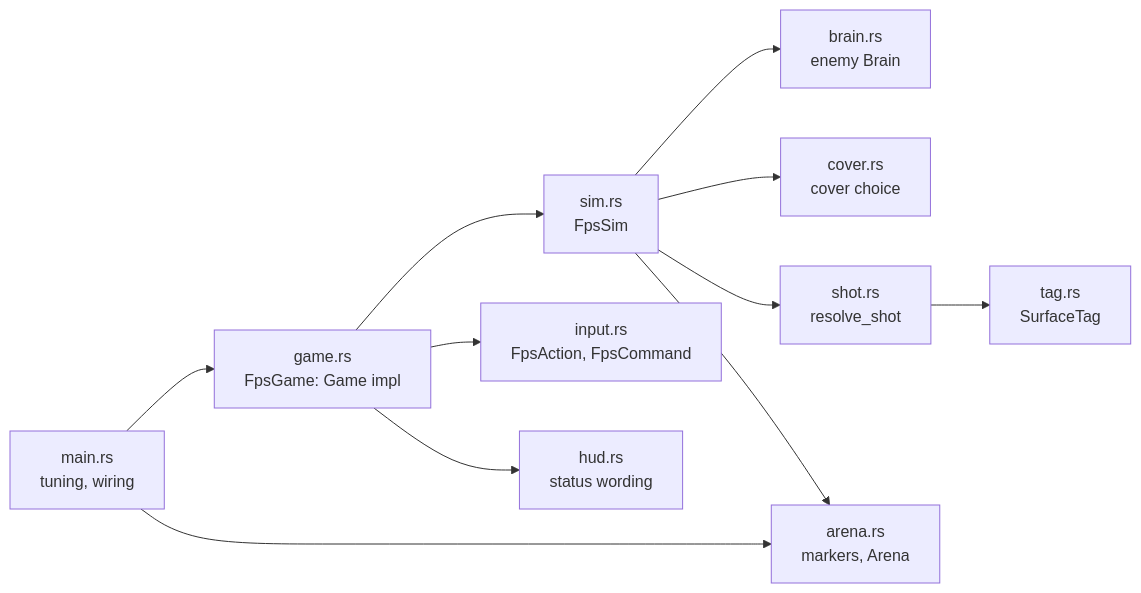
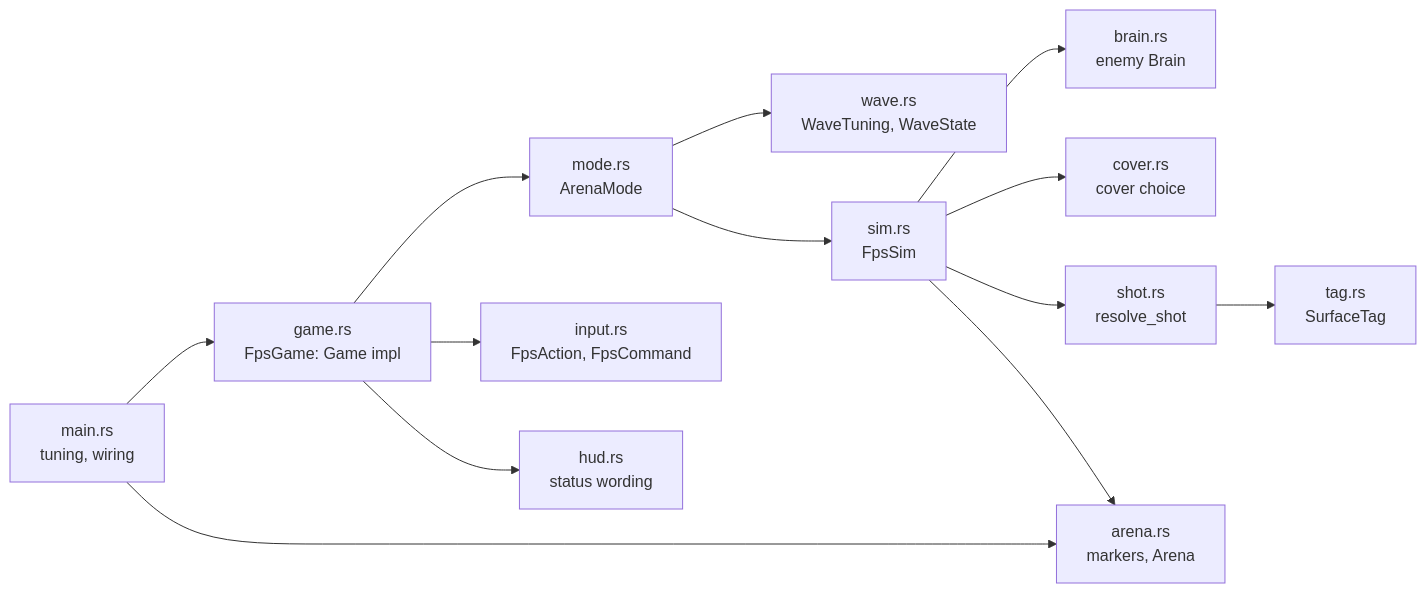
One commit to WrackedFella/moho changed the diagram in wiki/architecture/fps-prototype.md. Above: the diagram before and after it, drawn with Mermaid. The commit also changed other lines of this file, not shown here.

First line of the commit message:
docs(searchlight): the wiki describes the arena mode and waves (FPS-F2-04)

````diff
--- a/wiki/architecture/fps-prototype.md
+++ b/wiki/architecture/fps-prototype.md
@@ -14,13 +14,15 @@
 ```mermaid
 flowchart LR
     main["main.rs<br/>tuning, wiring"] --> game["game.rs<br/>FpsGame: Game impl"]
-    game --> sim["sim.rs<br/>FpsSim"]
+    game --> mode["mode.rs<br/>ArenaMode"]
+    mode --> wave["wave.rs<br/>WaveTuning, WaveState"]
+    mode --> sim["sim.rs<br/>FpsSim"]
     game --> input["input.rs<br/>FpsAction, FpsCommand"]
     game --> hud["hud.rs<br/>status wording"]
     sim --> brain["brain.rs<br/>enemy Brain"]
     sim --> cover["cover.rs<br/>cover choice"]
     sim --> shot["shot.rs<br/>resolve_shot"]
     shot --> tag["tag.rs<br/>SurfaceTag"]
     main --> arena["arena.rs<br/>markers, Arena"]
     sim --> arena
 ```
````
